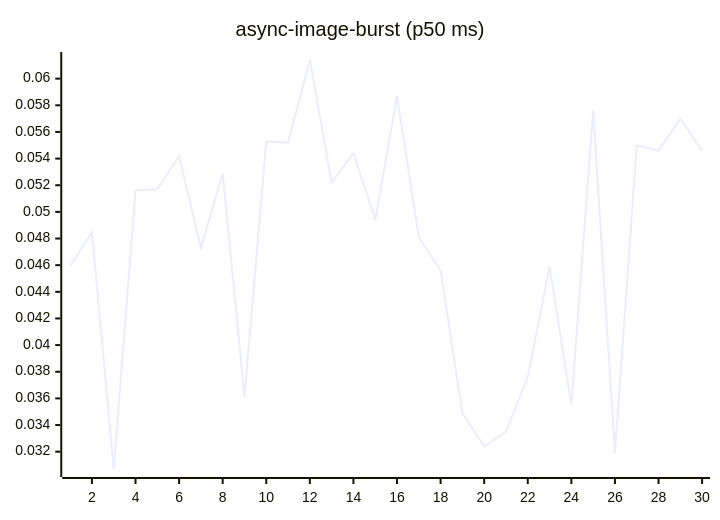
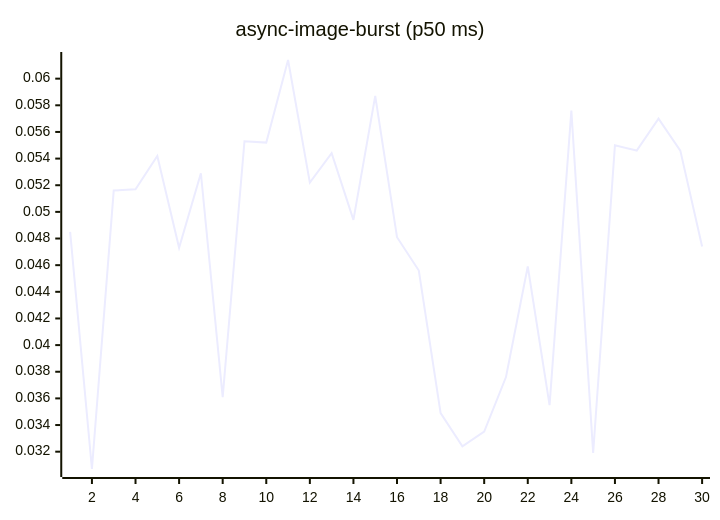
The fourth of 27 diagrams in README.md (josha/Facet), drawn with Mermaid before and after one commit. The commit also changed other lines of this file and 2 other files, not shown here.

````diff
--- a/README.md
+++ b/README.md
@@ -84,6 +84,6 @@
 ```mermaid
 xychart-beta
     title "async-image-burst (p50 ms)"
     x-axis 1 --> 30
-    line [0.0459, 0.0485, 0.0307, 0.0516, 0.0517, 0.0542, 0.0473, 0.0529, 0.0361, 0.0553, 0.0552, 0.0614, 0.0522, 0.0544, 0.0494, 0.0587, 0.0481, 0.0456, 0.0349, 0.0324, 0.0335, 0.0376, 0.0459, 0.0355, 0.0576, 0.0319, 0.0550, 0.0546, 0.0570, 0.0546]
+    line [0.0485, 0.0307, 0.0516, 0.0517, 0.0542, 0.0473, 0.0529, 0.0361, 0.0553, 0.0552, 0.0614, 0.0522, 0.0544, 0.0494, 0.0587, 0.0481, 0.0456, 0.0349, 0.0324, 0.0335, 0.0376, 0.0459, 0.0355, 0.0576, 0.0319, 0.0550, 0.0546, 0.0570, 0.0546, 0.0474]
 ```
````
